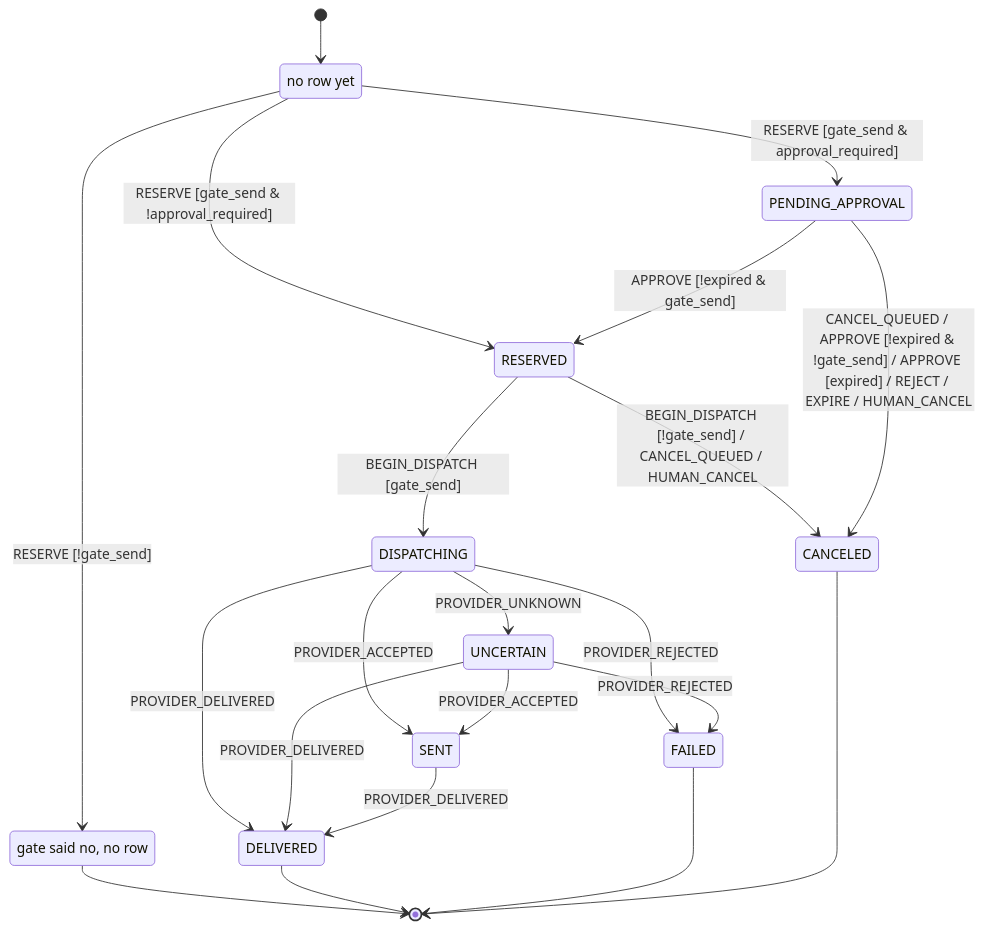
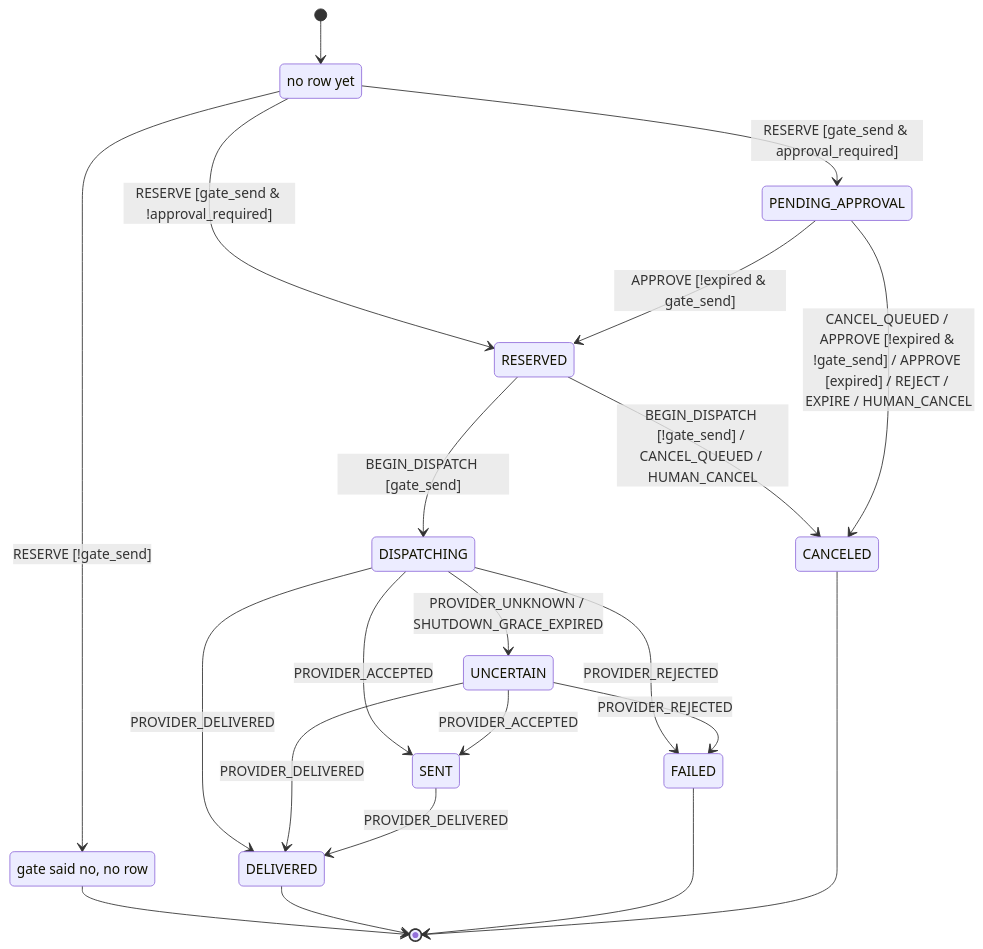
The second of 25 diagrams in STATES.md (dripston/kairos), drawn with Mermaid before and after one commit. The commit also changed other lines of this file and 2 other files, not shown here.

First line of the commit message:
integration: declare DISPATCHING --SHUTDOWN_GRACE_EXPIRED--> UNCERTAIN in the k06.touch machine

````diff
--- a/STATES.md
+++ b/STATES.md
@@ -206,25 +207,25 @@
 ```mermaid
 stateDiagram-v2
     [*] --> PROPOSED
     PROPOSED : no row yet
     REFUSED : gate said no, no row
     PROPOSED --> RESERVED : RESERVE [gate_send & !approval_required]
     PROPOSED --> PENDING_APPROVAL : RESERVE [gate_send & approval_required]
     PROPOSED --> REFUSED : RESERVE [!gate_send]
     RESERVED --> DISPATCHING : BEGIN_DISPATCH [gate_send]
     RESERVED --> CANCELED : BEGIN_DISPATCH [!gate_send] / CANCEL_QUEUED / HUMAN_CANCEL
     PENDING_APPROVAL --> CANCELED : CANCEL_QUEUED / APPROVE [!expired & !gate_send] / APPROVE [expired] / REJECT / EXPIRE / HUMAN_CANCEL
     PENDING_APPROVAL --> RESERVED : APPROVE [!expired & gate_send]
     DISPATCHING --> SENT : PROVIDER_ACCEPTED
     DISPATCHING --> DELIVERED : PROVIDER_DELIVERED
-    DISPATCHING --> UNCERTAIN : PROVIDER_UNKNOWN
+    DISPATCHING --> UNCERTAIN : PROVIDER_UNKNOWN / SHUTDOWN_GRACE_EXPIRED
     DISPATCHING --> FAILED : PROVIDER_REJECTED
     UNCERTAIN --> SENT : PROVIDER_ACCEPTED
     UNCERTAIN --> DELIVERED : PROVIDER_DELIVERED
     UNCERTAIN --> FAILED : PROVIDER_REJECTED
     SENT --> DELIVERED : PROVIDER_DELIVERED
     REFUSED --> [*]
     DELIVERED --> [*]
     FAILED --> [*]
     CANCELED --> [*]
 ```
````
